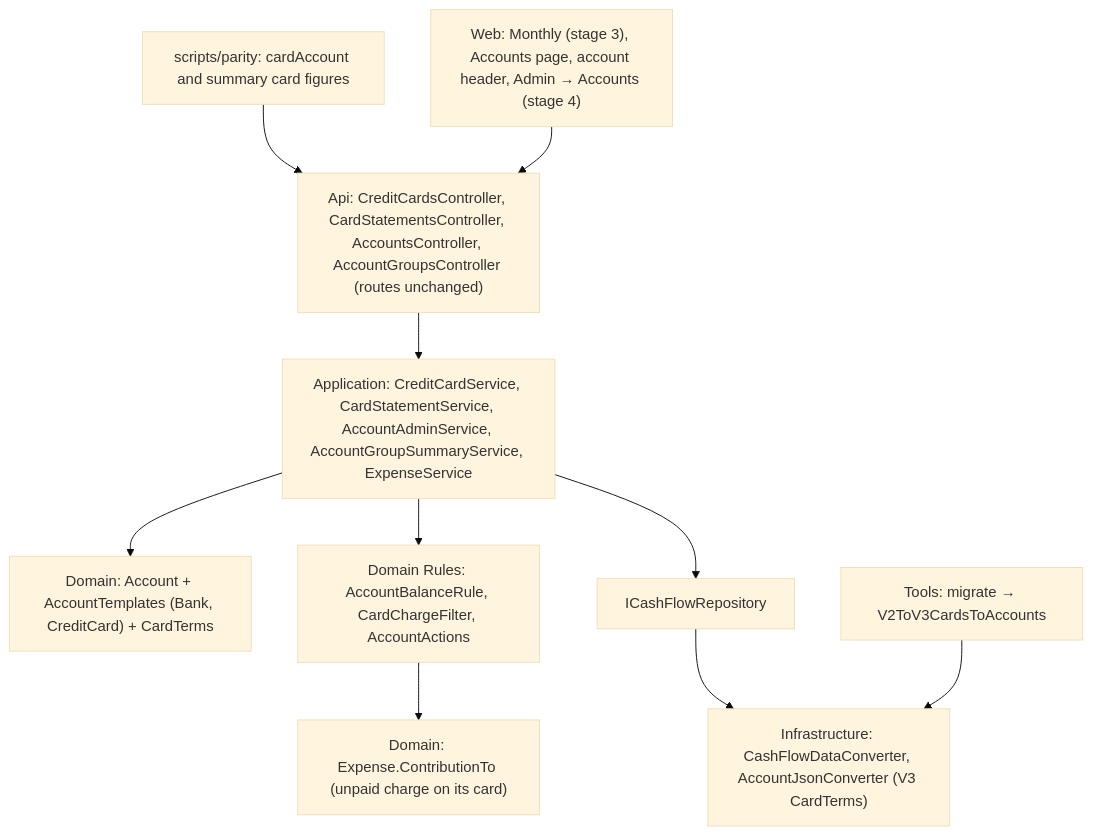
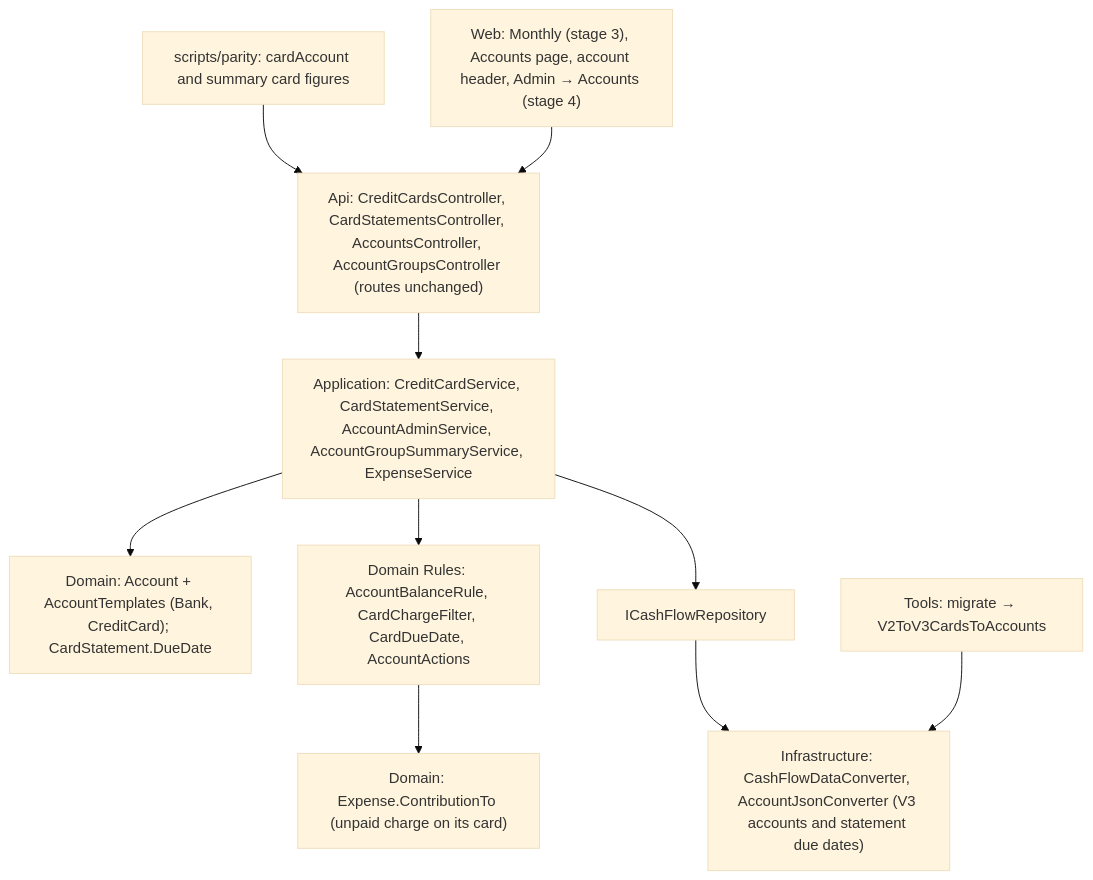
The diagram in docs/prd/P60-prd-cashflow-accounts-generalization/features/P60-F07-credit-card-template-and-card-migration/spec.md (ggibellato/Financial), drawn with Mermaid (base theme) before and after one commit. The commit also changed other lines of this file and 1 other file, not shown here.

First line of the commit message:
docs(P60-F07): the due date moves to the card statement

````diff
--- a/docs/prd/P60-prd-cashflow-accounts-generalization/features/P60-F07-credit-card-template-and-card-migration/spec.md
+++ b/docs/prd/P60-prd-cashflow-accounts-generalization/features/P60-F07-credit-card-template-and-card-migration/spec.md
@@ -59,12 +60,12 @@
 ```mermaid
 graph TD
     A["Api: CreditCardsController, CardStatementsController, AccountsController, AccountGroupsController (routes unchanged)"] --> B["Application: CreditCardService, CardStatementService, AccountAdminService, AccountGroupSummaryService, ExpenseService"]
-    B --> C["Domain: Account + AccountTemplates (Bank, CreditCard) + CardTerms"]
-    B --> D["Domain Rules: AccountBalanceRule, CardChargeFilter, AccountActions"]
+    B --> C["Domain: Account + AccountTemplates (Bank, CreditCard); CardStatement.DueDate"]
+    B --> D["Domain Rules: AccountBalanceRule, CardChargeFilter, CardDueDate, AccountActions"]
     D --> E["Domain: Expense.ContributionTo (unpaid charge on its card)"]
     B --> F["ICashFlowRepository"]
-    F --> G["Infrastructure: CashFlowDataConverter, AccountJsonConverter (V3 CardTerms)"]
+    F --> G["Infrastructure: CashFlowDataConverter, AccountJsonConverter (V3 accounts and statement due dates)"]
     H["Tools: migrate → V2ToV3CardsToAccounts"] --> G
     I["scripts/parity: cardAccount and summary card figures"] --> A
     J["Web: Monthly (stage 3), Accounts page, account header, Admin → Accounts (stage 4)"] --> A
 ```
````
